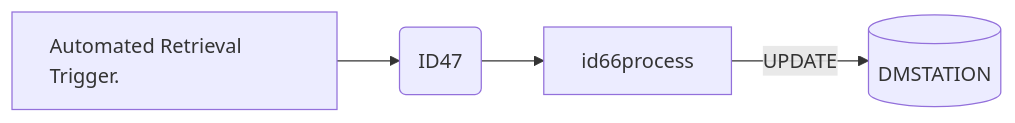
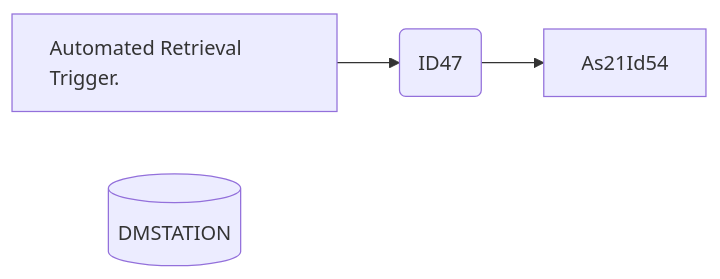
The second of 13 diagrams in Basic-Design/DFD-WMS/Retrieval/Stacked-Empty-Pallet.md (luthfiadityaa/SimeDarby-Wiki), drawn with Mermaid before and after one commit.

Commit message:
Updated Stacked Empty Pallet

```diff
--- a/Basic-Design/DFD-WMS/Retrieval/Stacked-Empty-Pallet.md
+++ b/Basic-Design/DFD-WMS/Retrieval/Stacked-Empty-Pallet.md
@@ -51,18 +51,18 @@
 ::: mermaid
 flowchart LR
     input[
         Automated Retrieval Trigger.      
     ]
 
     id66msg("
      ID47
     ")
     tableList-update[("
         DMSTATION
     ")]
 
-    input -->id66msg-->id66process--> |UPDATE| tableList-update
+    input -->id66msg-->As21Id54
 
     classDef leftAlign text-align:left;
     class input leftAlign;
 :::
```
